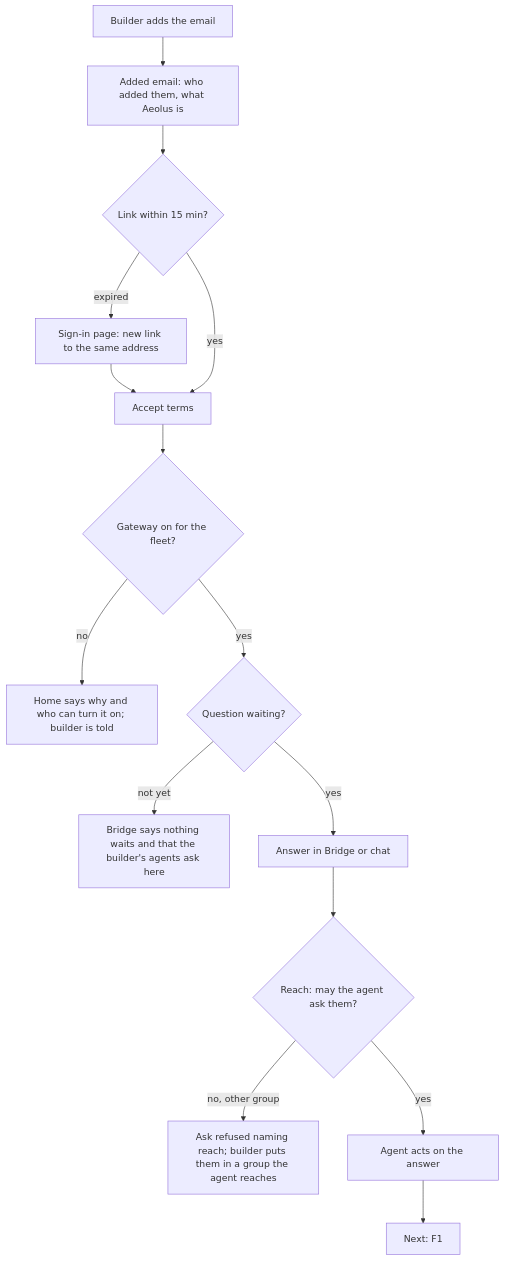
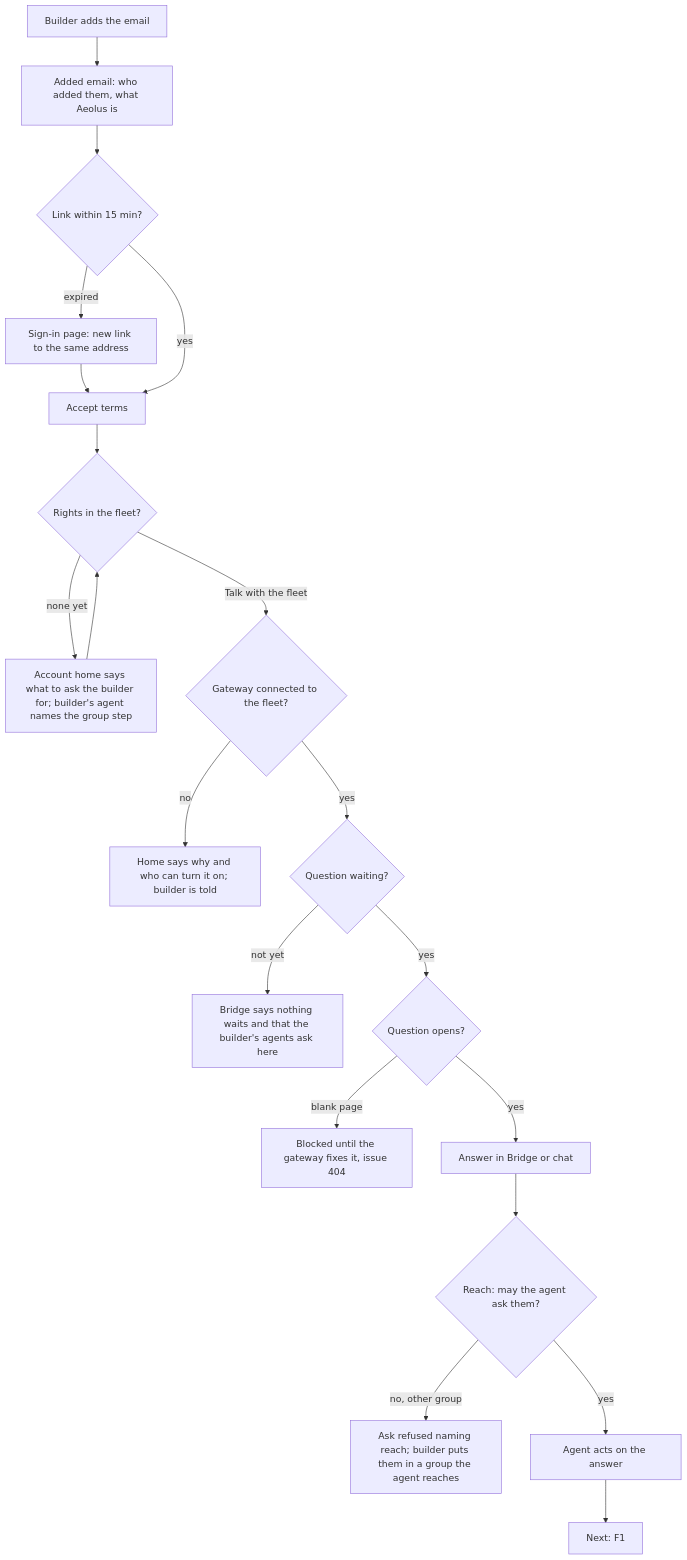
Before and after one commit to ThomasHendrickx/aeolus-fleet: the sixth of 9 diagrams in docs/design/hosted-onboarding/README.md, drawn with Mermaid. The commit also changed other lines of this file, not shown here.

````diff
--- a/docs/design/hosted-onboarding/README.md
+++ b/docs/design/hosted-onboarding/README.md
@@ -247,16 +257,20 @@
 ```mermaid
 flowchart TD
     a[Builder adds the email] --> b[Added email: who added them, what Aeolus is]
     b --> c{Link within 15 min?}
     c -->|expired| c1[Sign-in page: new link to the same address] --> d
     c -->|yes| d[Accept terms]
-    d --> e{Gateway on for the fleet?}
+    d --> d2{Rights in the fleet?}
+    d2 -->|none yet| d3[Account home says what to ask the builder for; builder's agent names the group step] --> d2
+    d2 -->|Talk with the fleet| e{Gateway connected to the fleet?}
     e -->|no| e1[Home says why and who can turn it on; builder is told]
     e -->|yes| f{Question waiting?}
     f -->|not yet| f1[Bridge says nothing waits and that the builder's agents ask here]
-    f -->|yes| g[Answer in Bridge or chat]
+    f -->|yes| f2{Question opens?}
+    f2 -->|blank page| f3[Blocked until the gateway fixes it, issue 404]
+    f2 -->|yes| g[Answer in Bridge or chat]
     g --> h{Reach: may the agent ask them?}
     h -->|no, other group| h1[Ask refused naming reach; builder puts them in a group the agent reaches]
     h -->|yes| i[Agent acts on the answer]
     i --> j[Next: F1]
 ```
````
